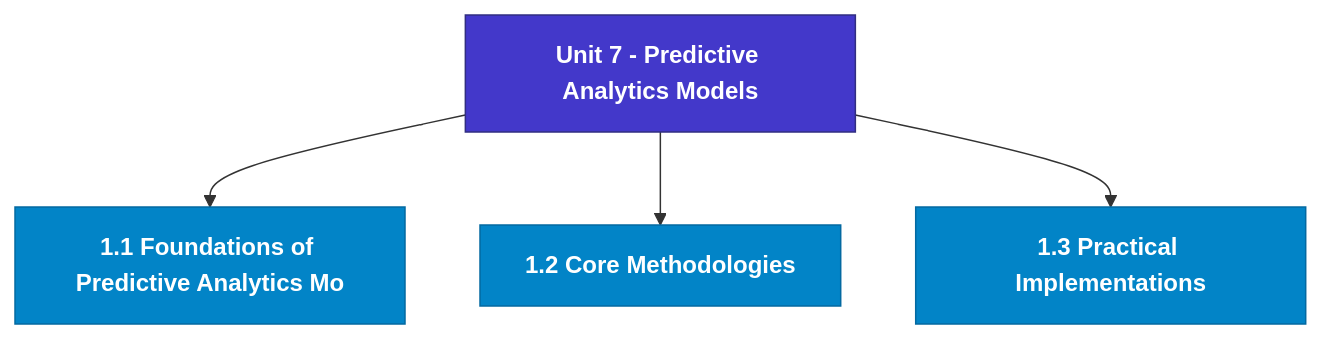
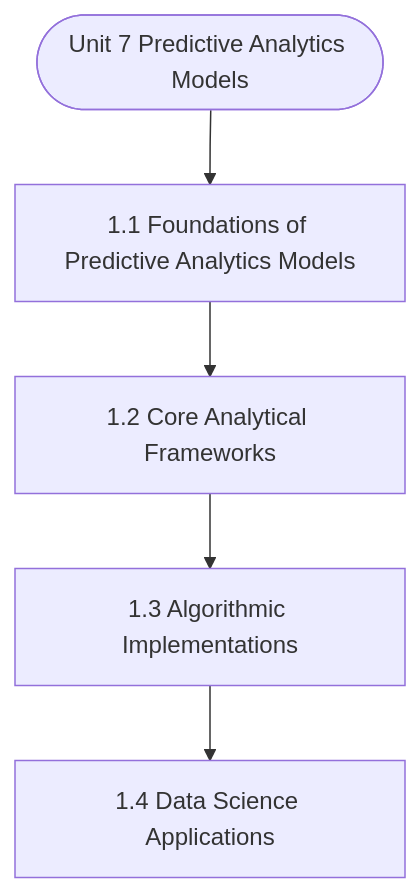
Before and after one commit to Asutosh-Coaching/mscdsa: the diagram in notes/Semester_2/MCS-068_Predictive_Data_Analysis/unit_07_Predictive_Analytics_Models.md, drawn with Mermaid. The commit also changed other lines of this file and 115 other files, not shown here.

Commit message:
Fix Mermaid layout for mobile, isolate LaTeX delimiters, and add GitHub Pages reader

````diff
--- a/notes/Semester_2/MCS-068_Predictive_Data_Analysis/unit_07_Predictive_Analytics_Models.md
+++ b/notes/Semester_2/MCS-068_Predictive_Data_Analysis/unit_07_Predictive_Analytics_Models.md
@@ -19,15 +19,12 @@
 ```mermaid
 flowchart TD
-  %% Styling Definitions
-  classDef head fill:#4338ca,stroke:#312e81,color:#ffffff,font-weight:bold;
-  classDef topic fill:#0284c7,stroke:#0369a1,color:#ffffff,font-weight:600;
-  classDef sub fill:#1e293b,stroke:#475569,color:#f8fafc;
-
-  Root["Unit 7 - Predictive Analytics Models"]:::head
-  M1["1.1 Foundations of Predictive Analytics Mo"]:::topic
-  Root --> M1
-  M2["1.2 Core Methodologies"]:::topic
-  Root --> M2
-  M3["1.3 Practical Implementations"]:::topic
-  Root --> M3
+  Start(["Unit 7 Predictive Analytics Models"])
+  N1["1.1 Foundations of Predictive Analytics Models"]
+  N2["1.2 Core Analytical Frameworks"]
+  N3["1.3 Algorithmic Implementations"]
+  N4["1.4 Data Science Applications"]
+  Start --> N1
+  N1 --> N2
+  N2 --> N3
+  N3 --> N4
 ```
````
